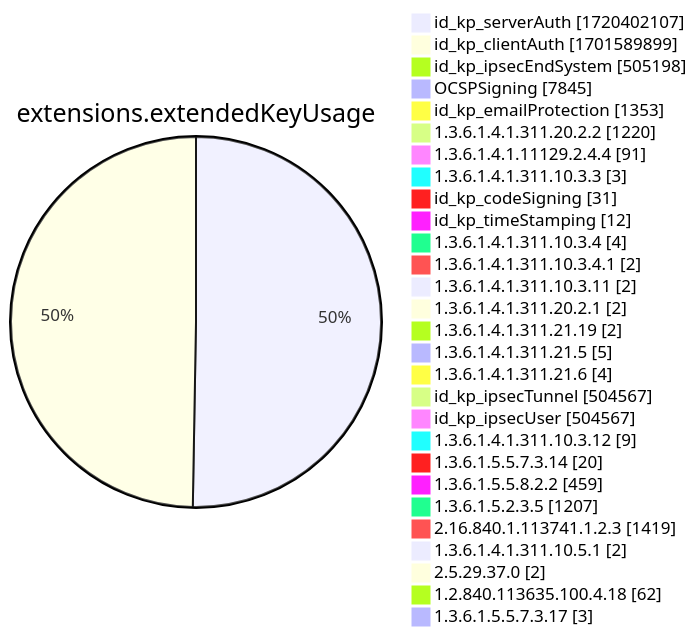
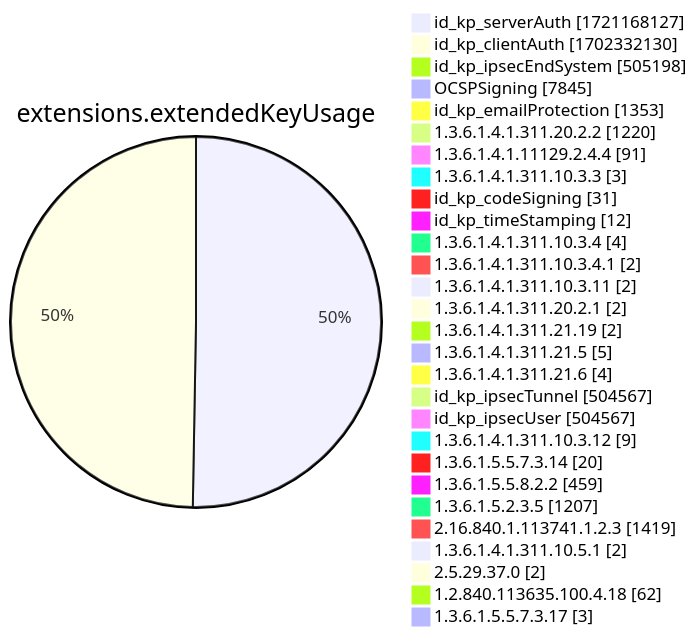
Before and after one commit to christiankrug/ctmonitor_visualization: diagram 12 of 15 in xenon2022/README.md, drawn with Mermaid. The commit also changed other lines of this file, not shown here.

````diff
--- a/xenon2022/README.md
+++ b/xenon2022/README.md
@@ -3889,32 +3889,32 @@
 ```mermaid
 pie showData
 title extensions.extendedKeyUsage
-"id_kp_serverAuth" :1720402107
-"id_kp_clientAuth" :1701589899
+"id_kp_serverAuth" :1721168127
+"id_kp_clientAuth" :1702332130
 "id_kp_ipsecEndSystem" :505198
 "OCSPSigning" :7845
 "id_kp_emailProtection" :1353
 "1.3.6.1.4.1.311.20.2.2" :1220
 "1.3.6.1.4.1.11129.2.4.4" :91
 "1.3.6.1.4.1.311.10.3.3" :3
 "id_kp_codeSigning" :31
 "id_kp_timeStamping" :12
 "1.3.6.1.4.1.311.10.3.4" :4
 "1.3.6.1.4.1.311.10.3.4.1" :2
 "1.3.6.1.4.1.311.10.3.11" :2
 "1.3.6.1.4.1.311.20.2.1" :2
 "1.3.6.1.4.1.311.21.19" :2
 "1.3.6.1.4.1.311.21.5" :5
 "1.3.6.1.4.1.311.21.6" :4
 "id_kp_ipsecTunnel" :504567
 "id_kp_ipsecUser" :504567
 "1.3.6.1.4.1.311.10.3.12" :9
 "1.3.6.1.5.5.7.3.14" :20
 "1.3.6.1.5.5.8.2.2" :459
 "1.3.6.1.5.2.3.5" :1207
 "2.16.840.1.113741.1.2.3" :1419
 "1.3.6.1.4.1.311.10.5.1" :2
 "2.5.29.37.0" :2
 "1.2.840.113635.100.4.18" :62
 "1.3.6.1.5.5.7.3.17" :3
 ```
````
